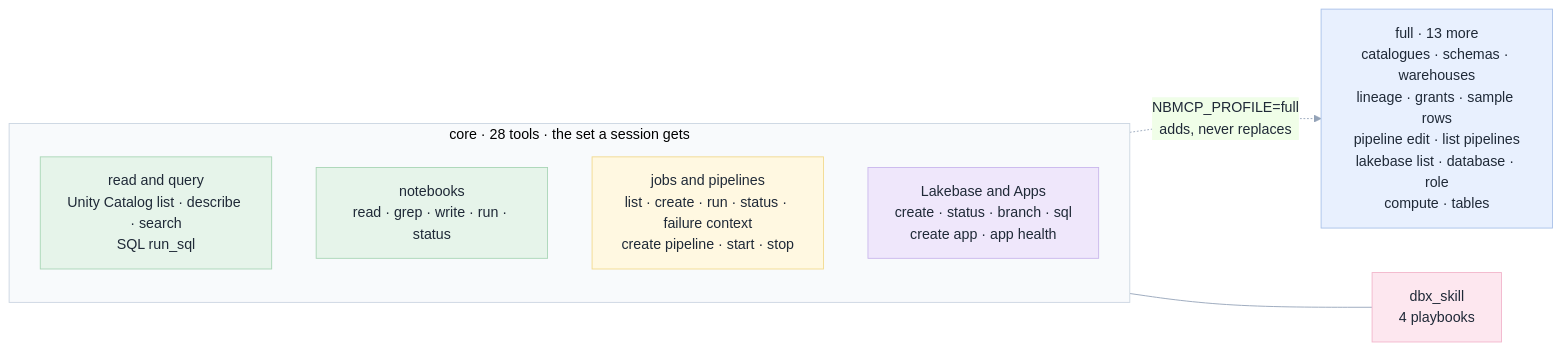
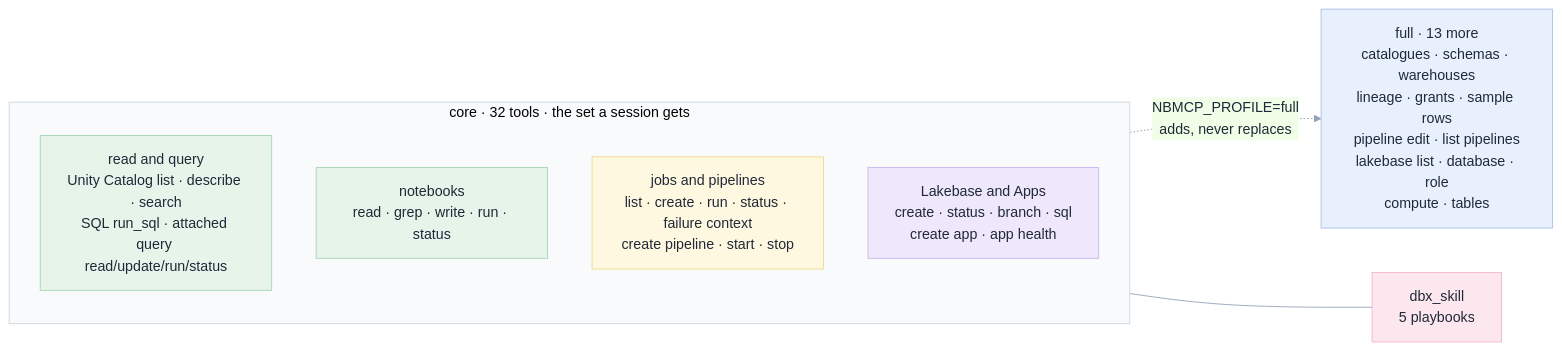
Before and after one commit to raphaelmansuy/edgegenie: the tenth of 13 diagrams in docs/08-architecture.md, drawn with Mermaid. The commit also changed other lines of this file and 3 other files, not shown here.

Commit message:
Align published architecture checks with SQL query support

````diff
--- a/docs/08-architecture.md
+++ b/docs/08-architecture.md
@@ -541,22 +542,22 @@
 ```mermaid
 %%{init: {'theme':'base','themeVariables':{'primaryColor':'#E8F0FE','primaryTextColor':'#1F2937','primaryBorderColor':'#A8C0E8','lineColor':'#94A3B8','clusterBkg':'#F8FAFC','clusterBorder':'#CBD5E1'}}}%%
 flowchart LR
-    subgraph CORE["core · 28 tools · the set a session gets"]
+    subgraph CORE["core · 32 tools · the set a session gets"]
         direction TB
-        r["read and query<br/>Unity Catalog list · describe · search<br/>SQL run_sql"]:::green
+        r["read and query<br/>Unity Catalog list · describe · search<br/>SQL run_sql · attached query read/update/run/status"]:::green
         n["notebooks<br/>read · grep · write · run · status"]:::green
         j["jobs and pipelines<br/>list · create · run · status · failure context<br/>create pipeline · start · stop"]:::yellow
         l["Lakebase and Apps<br/>create · status · branch · sql<br/>create app · app health"]:::purple
     end
-    S["dbx_skill<br/>4 playbooks"]:::pink
+    S["dbx_skill<br/>5 playbooks"]:::pink
     FULL["full · 13 more<br/>catalogues · schemas · warehouses<br/>lineage · grants · sample rows<br/>pipeline edit · list pipelines<br/>lakebase list · database · role<br/>compute · tables"]:::blue
 
     CORE -.->|"NBMCP_PROFILE=full<br/>adds, never replaces"| FULL
     CORE --- S
 
     classDef green fill:#E6F4EA,stroke:#A8D5B5,color:#1F2937
     classDef yellow fill:#FFF8E1,stroke:#F2D98D,color:#1F2937
     classDef purple fill:#EFE7FB,stroke:#C9B6EC,color:#1F2937
     classDef pink fill:#FDE7EF,stroke:#F2B5CB,color:#1F2937
     classDef blue fill:#E8F0FE,stroke:#A8C0E8,color:#1F2937
 ```
````
